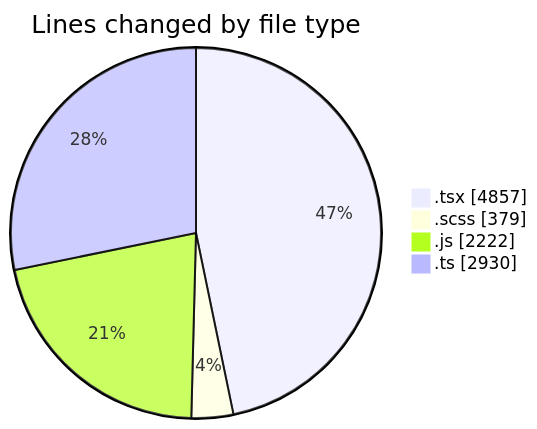
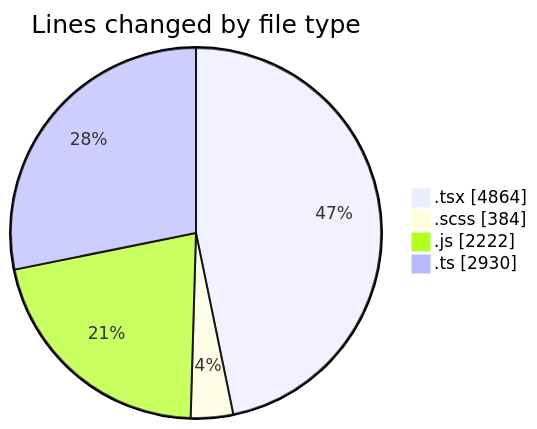
The first of 2 diagrams in 2026-06-17/cda/README.md (momahboobian/code-tracking), drawn with Mermaid before and after one commit. The commit also changed other lines of this file and 1 other file, not shown here.

````diff
--- a/2026-06-17/cda/README.md
+++ b/2026-06-17/cda/README.md
@@ -60,8 +60,8 @@
 ```mermaid
 pie showData
 title Lines changed by file type
-".tsx" : 4857
-".scss" : 379
+".tsx" : 4864
+".scss" : 384
 ".js" : 2222
 ".ts" : 2930
 ```
````
